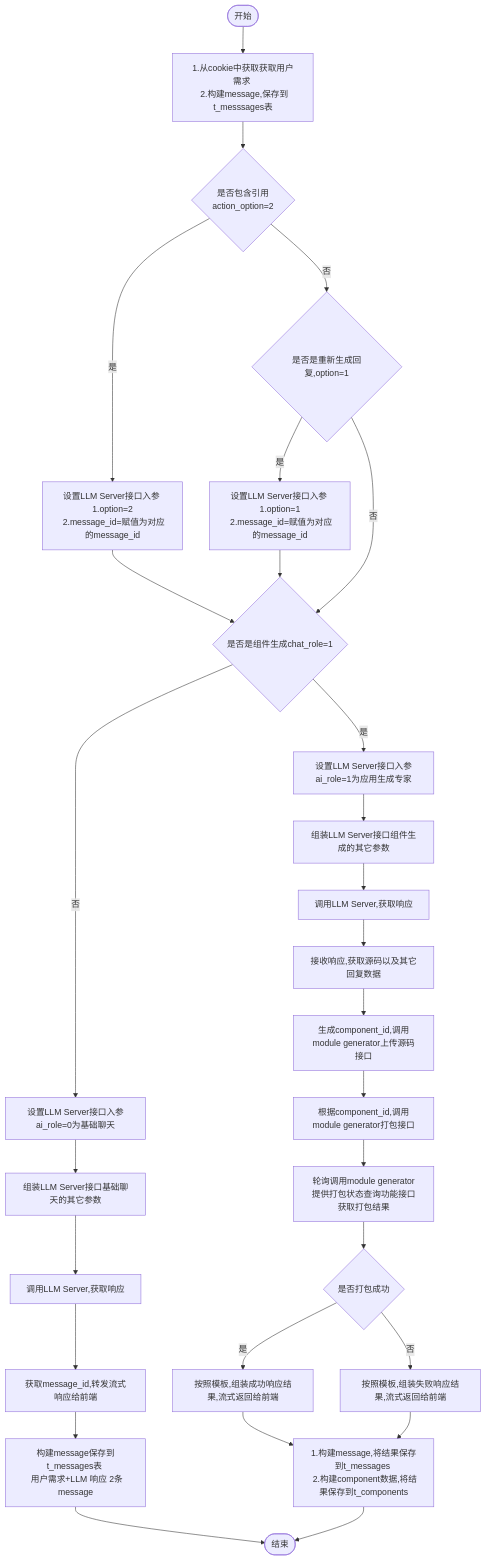
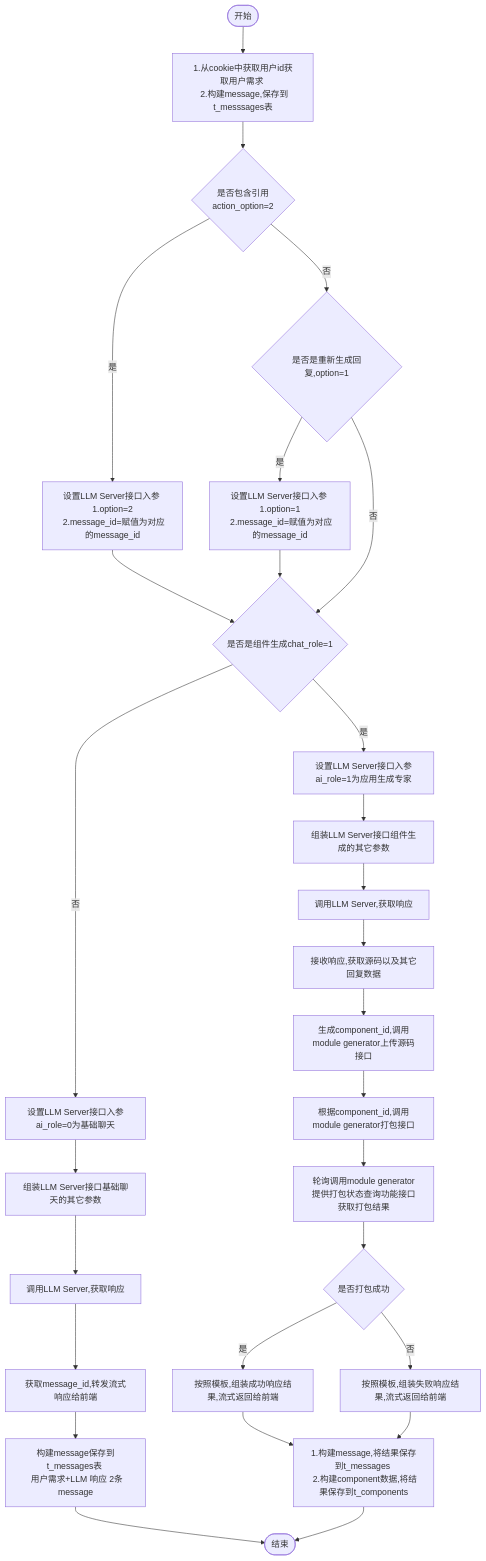
Before and after one commit to yingjianzh/iodraw-files: the diagram in all/w3-会话-不需要传递message.md, drawn with Mermaid.

Commit message:
2024-10-15 14:20:42 update

````diff
--- a/all/w3-会话-不需要传递message.md
+++ b/all/w3-会话-不需要传递message.md
@@ -1,34 +1,34 @@
 ```mermaid
 flowchart TD
-    A([开始]) --> B[1.从cookie中获取获取用户需求 \n 2.构建message,保存到t_messsages表]
+    A([开始]) --> B[1.从cookie中获取用户id获取用户需求 \n 2.构建message,保存到t_messsages表]
     B--> D{是否包含引用 \n action_option=2}
     D -- 是 --> E[设置LLM Server接口入参 \n 1.option=2 \n 2.message_id=赋值为对应的message_id]
     D -- 否 --> F{是否是重新生成回复,option=1}
     F -- 是 --> G[设置LLM Server接口入参 \n 1.option=1 \n 2.message_id=赋值为对应的message_id]
     F -- 否 --> I
      
     E & G --> I{是否是组件生成chat_role=1}
     I -- 否 --> K[设置LLM Server接口入参ai_role=0为基础聊天]
     I -- 是 --> J[设置LLM Server接口入参ai_role=1为应用生成专家]
     
 
     J --> L[组装LLM Server接口组件生成的其它参数]    
     K --> M[组装LLM Server接口基础聊天的其它参数]    
     M --> N[调用LLM Server,获取响应]    
     N --> O[获取message_id,转发流式响应给前端]
     O --> P[构建message保存到t_messages表 \n 用户需求+LLM 响应 2条message]
     P --> R([结束])
 
 
     L --> S[调用LLM Server,获取响应]
     S --> T[接收响应,获取源码以及其它回复数据]
     T --> U[生成component_id,调用module generator上传源码接口]
     U --> V[根据component_id,调用module generator打包接口]
     V --> W[轮询调用module generator提供打包状态查询功能接口获取打包结果]
     W --> X{是否打包成功}
     X -- 是 --> Y[按照模板,组装成功响应结果,流式返回给前端]
     X -- 否 --> Z[按照模板,组装失败响应结果,流式返回给前端]
 
     Y & Z --> Result[1.构建message,将结果保存到t_messages \n 2.构建component数据,将结果保存到t_components]
     Result --> R
 ```
````
